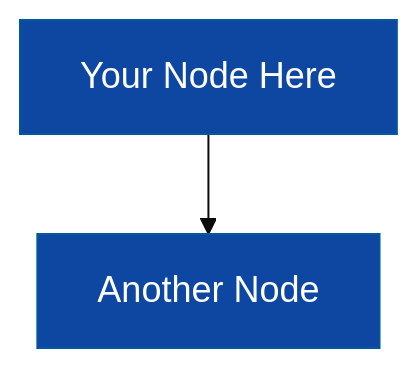
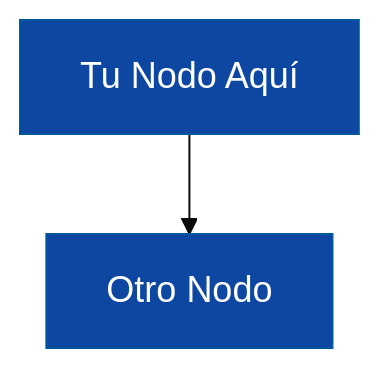
One commit to Ai-Whisperers/Courses-Content changed the second of 5 diagrams in courses/02-development/FPUNA-2026/DIAGRAM-STYLE-GUIDE.md. Above: the diagram before and after it, drawn with Mermaid. The commit also changed other lines of this file and 1 other file, not shown here.

First line of the commit message:
feat(fpuna): translate DIAGRAM-STYLE-GUIDE.md to Spanish and fix README title

````diff
--- a/courses/02-development/FPUNA-2026/DIAGRAM-STYLE-GUIDE.md
+++ b/courses/02-development/FPUNA-2026/DIAGRAM-STYLE-GUIDE.md
@@ -106,22 +106,22 @@
 ```mermaid
 %%{init: {
   'theme':'base',
   'themeVariables': {
     'primaryColor':'#0d47a1',
     'primaryTextColor':'#fff',
     'primaryBorderColor':'#01579b',
     'secondaryColor':'#1b5e20',
     'secondaryTextColor':'#fff',
     'secondaryBorderColor':'#0d3d0f',
     'tertiaryColor':'#b71c1c',
     'tertiaryTextColor':'#fff',
     'tertiaryBorderColor':'#7f0000',
     'fontSize':'18px',
     'fontFamily':'Arial, sans-serif'
   }
 }}%%
 graph TD
-    A[Your Node Here]
-    B[Another Node]
+    A[Tu Nodo Aquí]
+    B[Otro Nodo]
     A --> B
 ```
````
